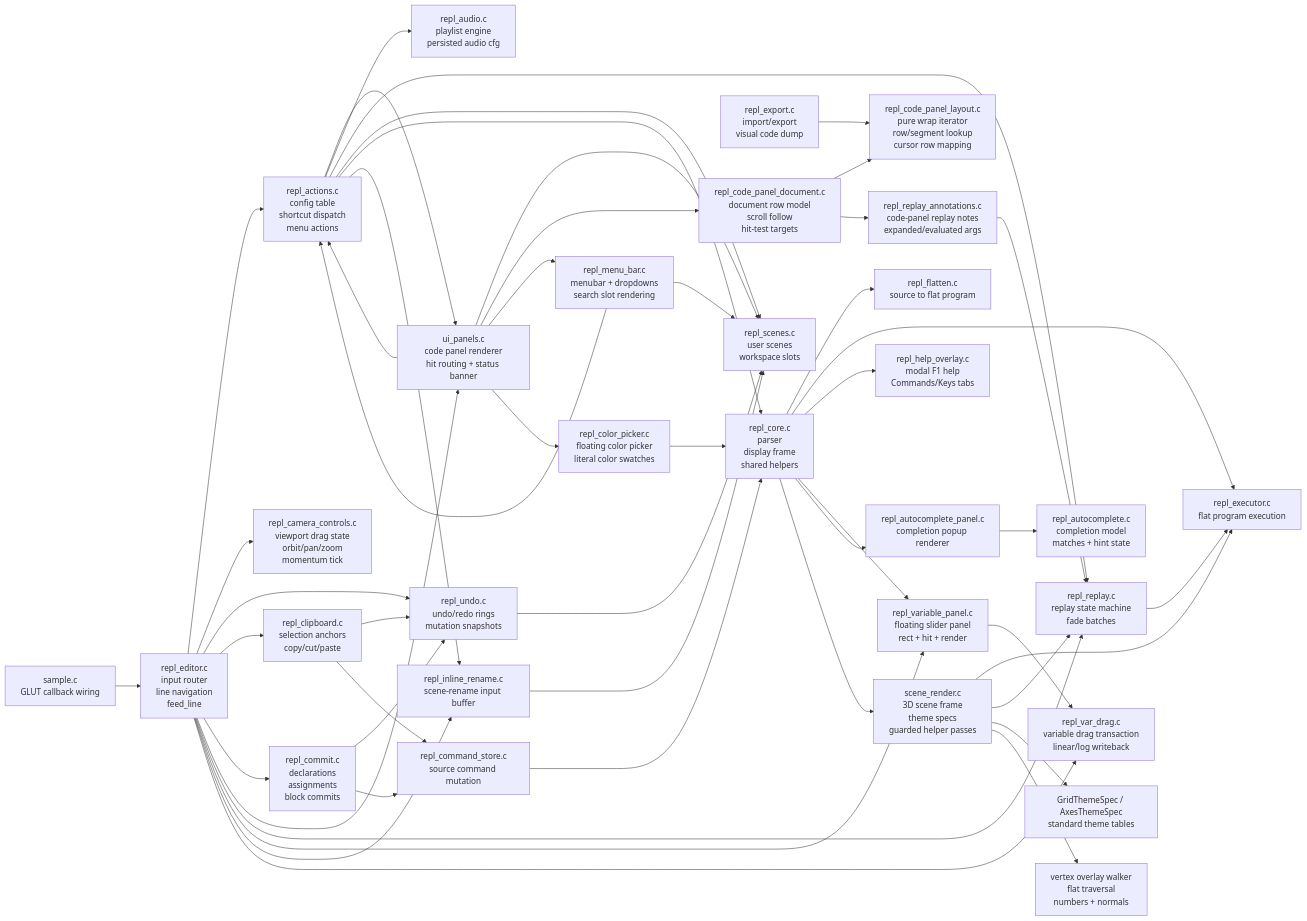
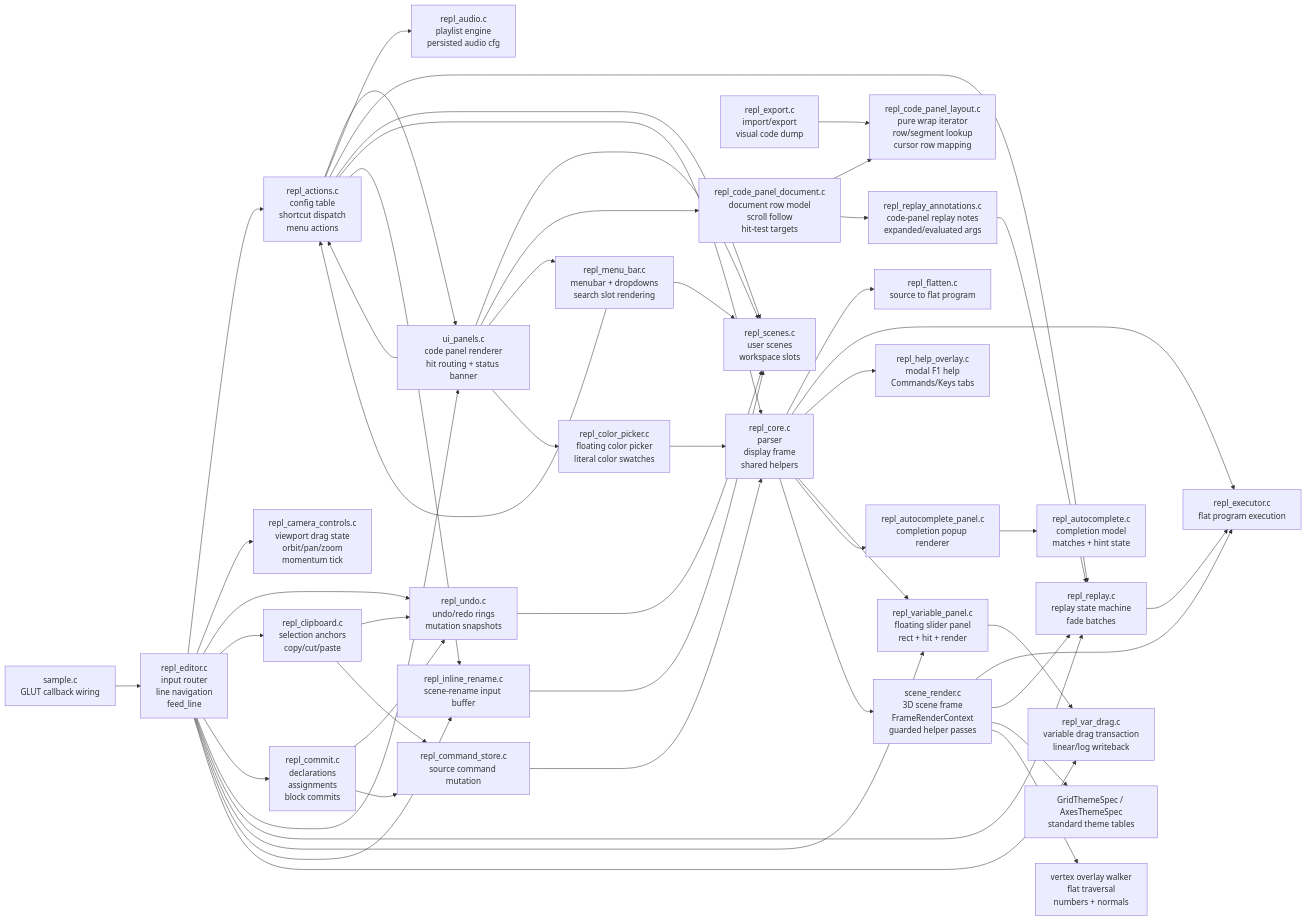
Before and after one commit to drewwoods/gl-repl: the diagram in REPL_REFACTOR_MAP.md, drawn with Mermaid. The commit also changed other lines of this file and 5 other files, not shown here.

```diff
--- a/REPL_REFACTOR_MAP.md
+++ b/REPL_REFACTOR_MAP.md
@@ -31,7 +31,7 @@
     export["repl_export.c<br/>import/export<br/>visual code dump"]
     audio["repl_audio.c<br/>playlist engine<br/>persisted audio cfg"]
     replay["repl_replay.c<br/>replay state machine<br/>fade batches"]
-    scene["scene_render.c<br/>3D scene frame<br/>theme specs<br/>guarded helper passes"]
+    scene["scene_render.c<br/>3D scene frame<br/>FrameRenderContext<br/>guarded helper passes"]
     scene_theme["GridThemeSpec / AxesThemeSpec<br/>standard theme tables"]
     scene_overlay["vertex overlay walker<br/>flat traversal<br/>numbers + normals"]
     scenes["repl_scenes.c<br/>user scenes<br/>workspace slots"]
```
